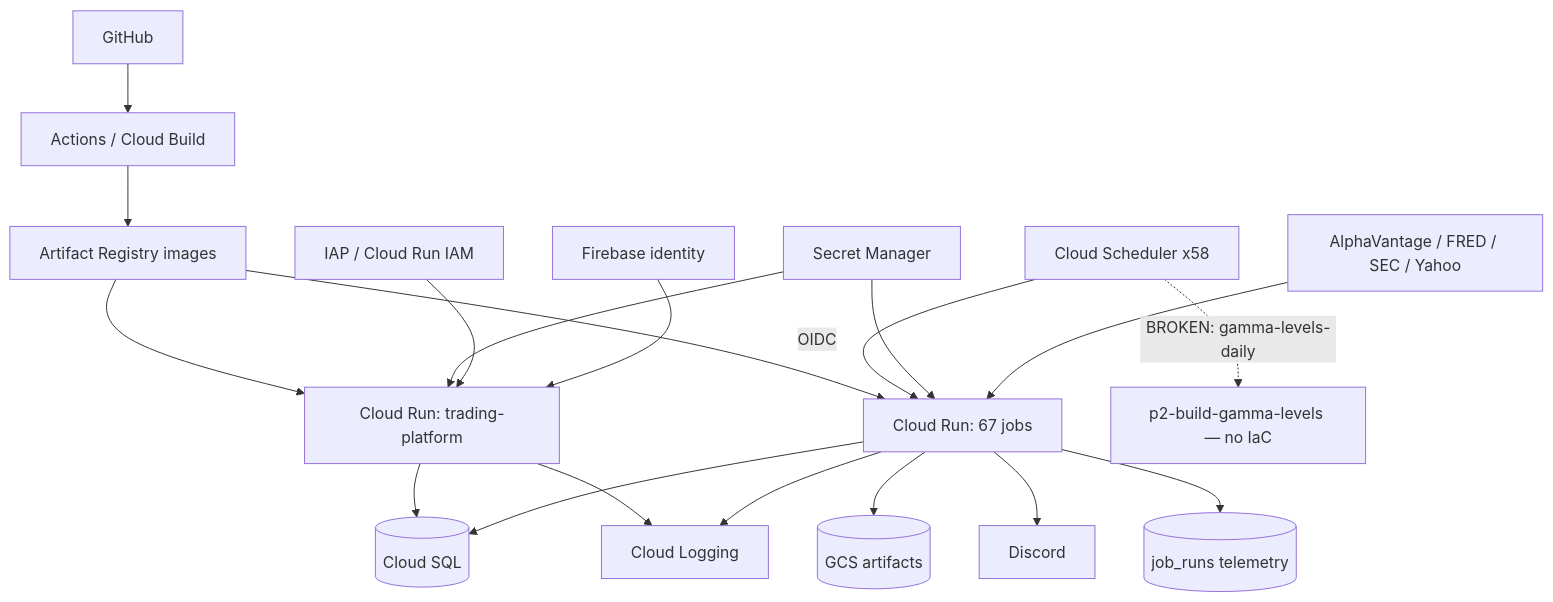
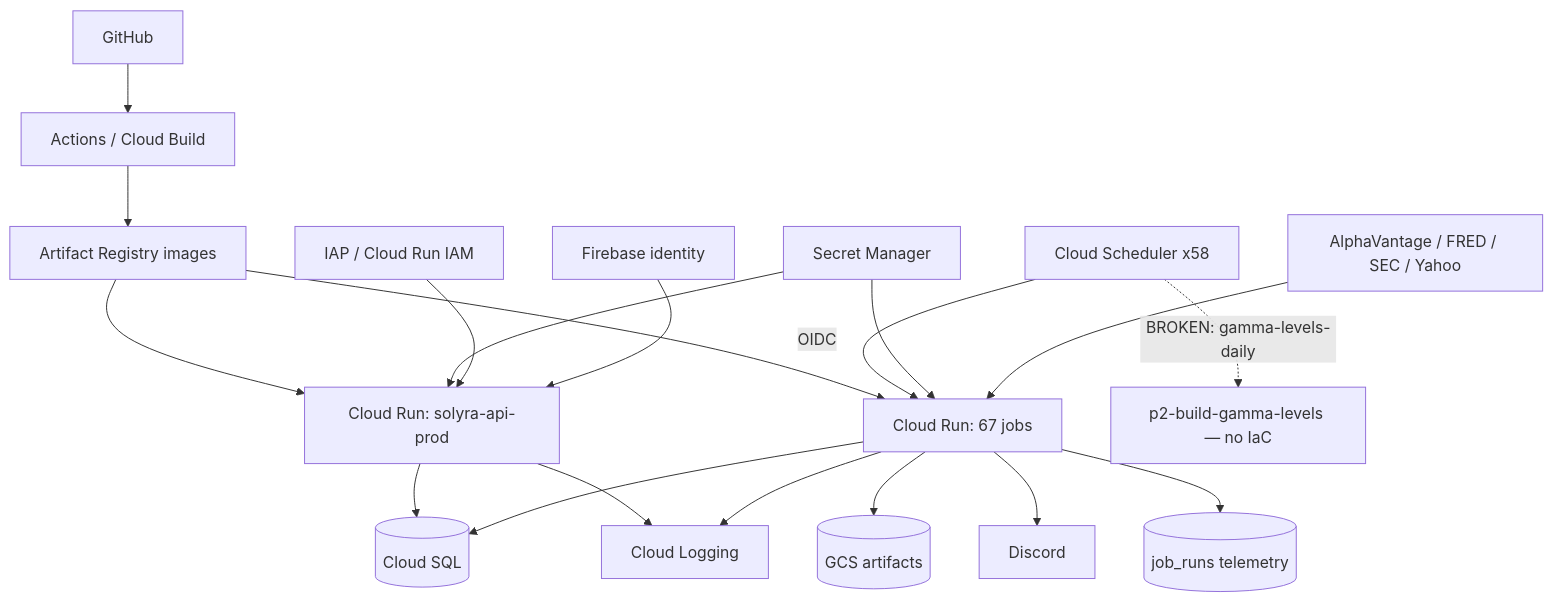
Before and after one commit to TeneikaAskew/stocks: the diagram in docs/product/05-INFRASTRUCTURE.md, drawn with Mermaid. The commit also changed other lines of this file and 51 other files, not shown here.

````diff
--- a/docs/product/05-INFRASTRUCTURE.md
+++ b/docs/product/05-INFRASTRUCTURE.md
@@ -169,21 +215,21 @@
 ```mermaid
 flowchart TB
  GH[GitHub] --> CI[Actions / Cloud Build]
  CI --> IMG[Artifact Registry images]
- IMG --> WEB[Cloud Run: trading-platform]
+ IMG --> WEB[Cloud Run: solyra-api-prod]
  IMG --> JOB[Cloud Run: 67 jobs]
  SCH[Cloud Scheduler x58] -->|OIDC| JOB
  SCH -.->|BROKEN: gamma-levels-daily| MISSING[p2-build-gamma-levels — no IaC]
  SM[Secret Manager] --> WEB
  SM --> JOB
  WEB --> SQL[(Cloud SQL)]
  JOB --> SQL
  JOB --> GCS[(GCS artifacts)]
  V[AlphaVantage / FRED / SEC / Yahoo] --> JOB
  JOB --> DISCORD[Discord]
  IAP[IAP / Cloud Run IAM] --> WEB
  FB[Firebase identity] --> WEB
  WEB --> LOG[Cloud Logging]
  JOB --> LOG
  JOB --> JR[(job_runs telemetry)]
 ```
````
